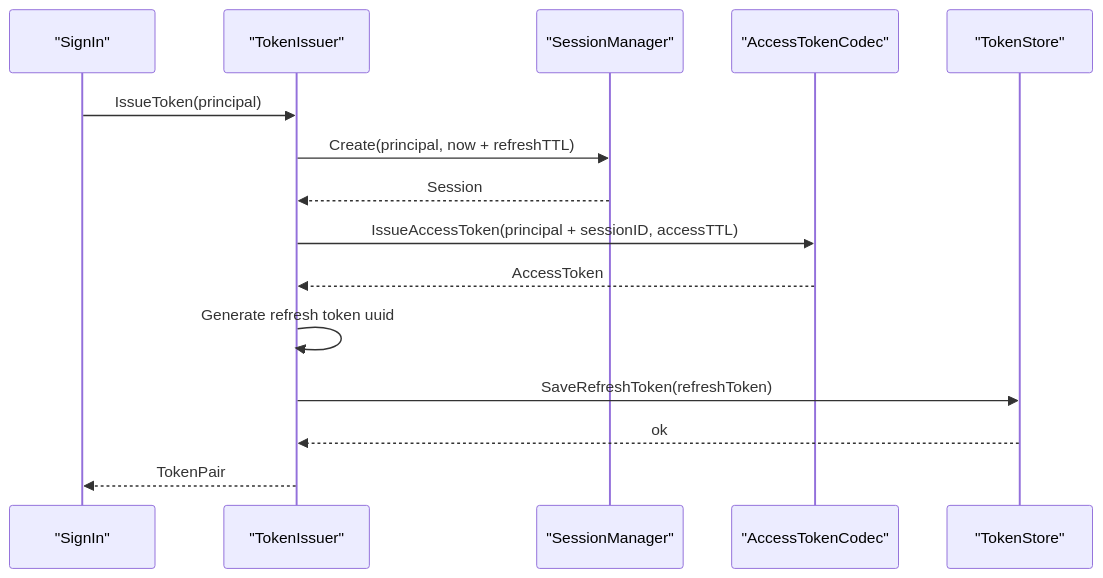
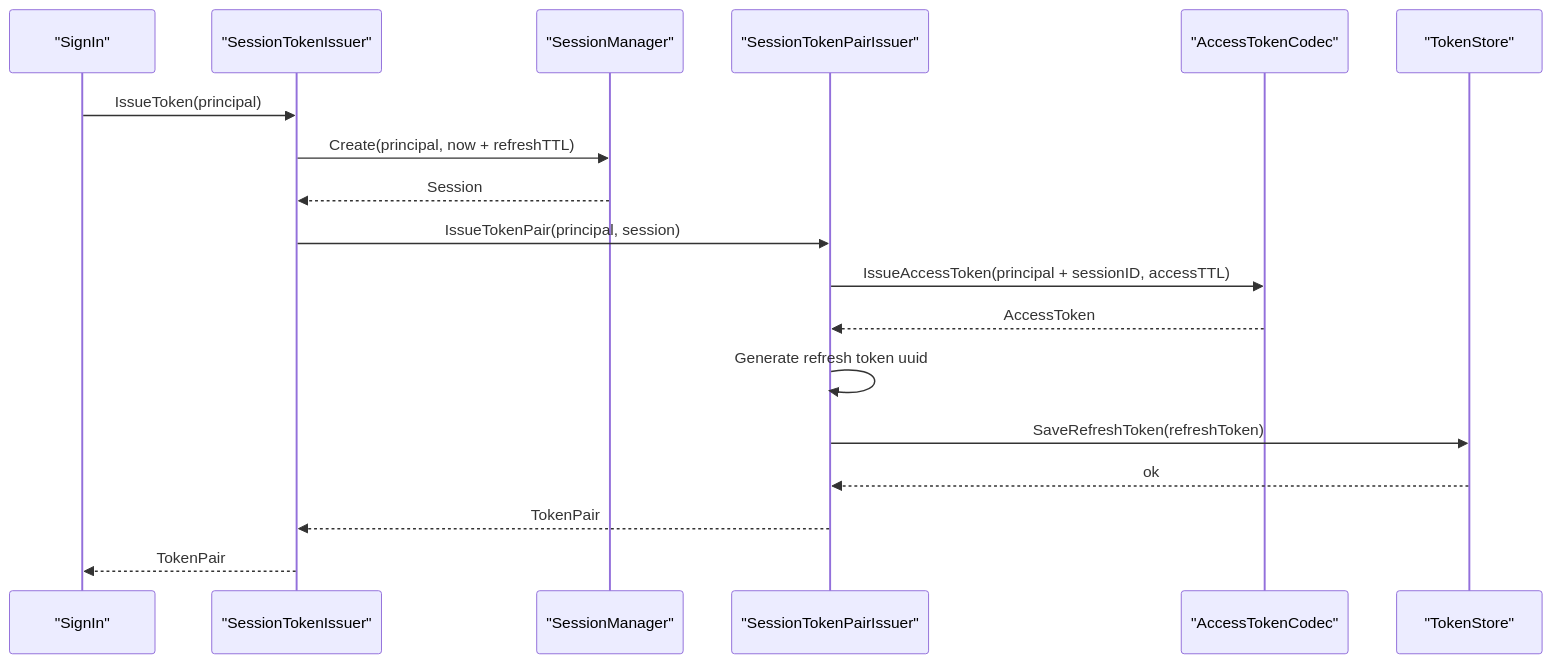
One commit to FangcunMount/iam changed the second of 4 diagrams in docs/07-专题分析/03-为什么AuthN需要Session与RefreshToken.md. Above: the diagram before and after it, drawn with Mermaid. The commit also changed other lines of this file and 18 other files, not shown here.

````diff
--- a/docs/07-专题分析/03-为什么AuthN需要Session与RefreshToken.md
+++ b/docs/07-专题分析/03-为什么AuthN需要Session与RefreshToken.md
@@ -479,18 +480,21 @@
 ```mermaid
 sequenceDiagram
     participant SignIn as "SignIn"
-    participant Issuer as "TokenIssuer"
+    participant SessionIssuer as "SessionTokenIssuer"
     participant Session as "SessionManager"
+    participant PairIssuer as "SessionTokenPairIssuer"
     participant Codec as "AccessTokenCodec"
     participant Store as "TokenStore"
 
-    SignIn->>Issuer: IssueToken(principal)
-    Issuer->>Session: Create(principal, now + refreshTTL)
-    Session-->>Issuer: Session
-    Issuer->>Codec: IssueAccessToken(principal + sessionID, accessTTL)
-    Codec-->>Issuer: AccessToken
-    Issuer->>Issuer: Generate refresh token uuid
-    Issuer->>Store: SaveRefreshToken(refreshToken)
-    Store-->>Issuer: ok
-    Issuer-->>SignIn: TokenPair
+    SignIn->>SessionIssuer: IssueToken(principal)
+    SessionIssuer->>Session: Create(principal, now + refreshTTL)
+    Session-->>SessionIssuer: Session
+    SessionIssuer->>PairIssuer: IssueTokenPair(principal, session)
+    PairIssuer->>Codec: IssueAccessToken(principal + sessionID, accessTTL)
+    Codec-->>PairIssuer: AccessToken
+    PairIssuer->>PairIssuer: Generate refresh token uuid
+    PairIssuer->>Store: SaveRefreshToken(refreshToken)
+    Store-->>PairIssuer: ok
+    PairIssuer-->>SessionIssuer: TokenPair
+    SessionIssuer-->>SignIn: TokenPair
 ```
````
